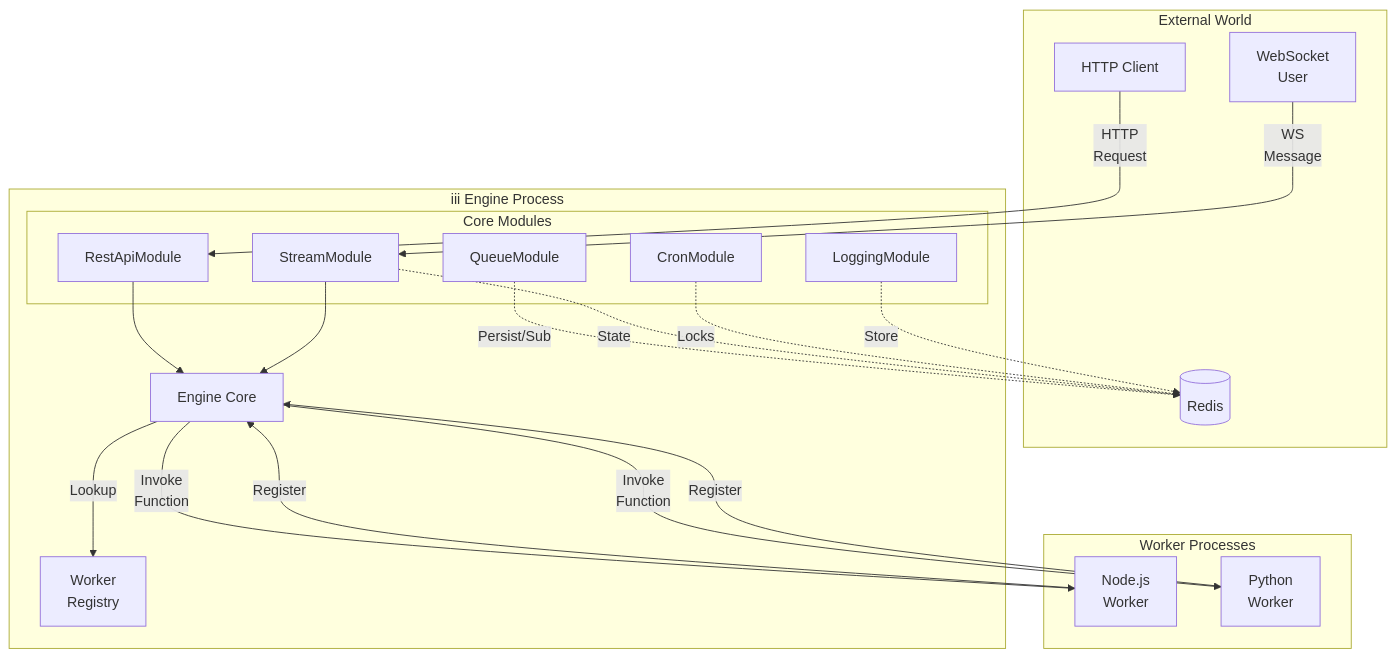
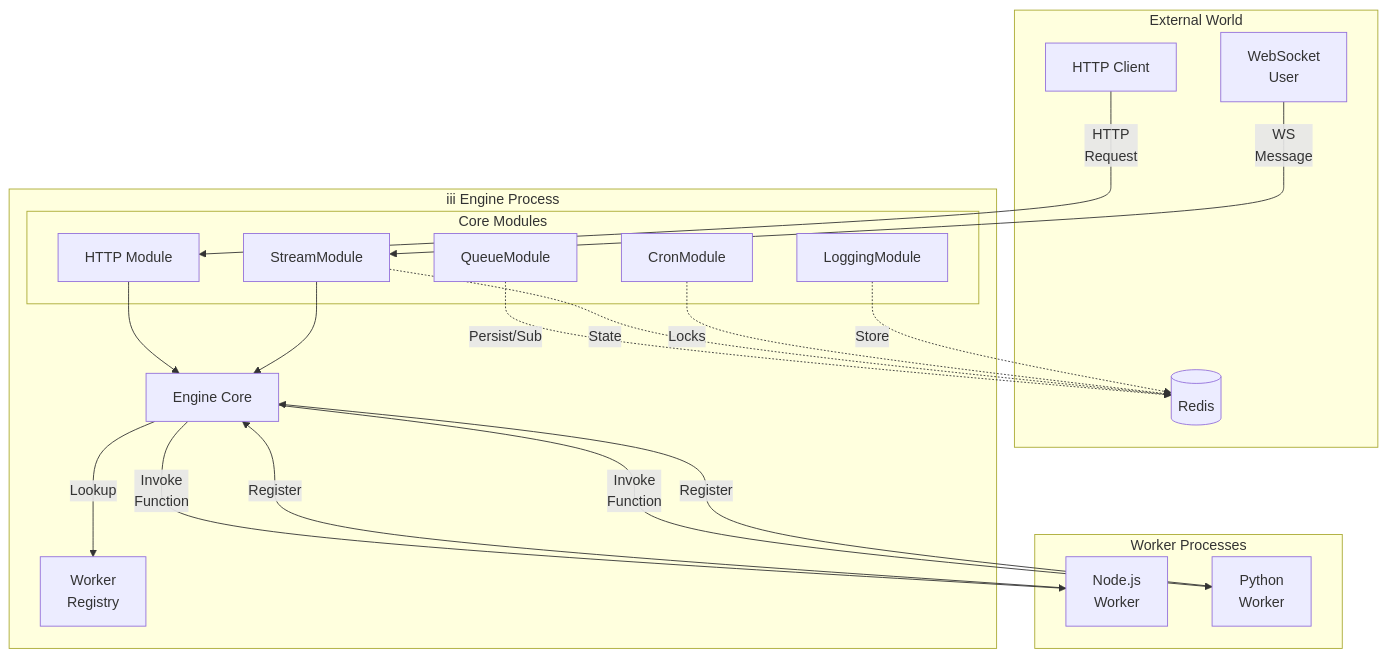
One commit to iii-hq/.github changed the first of 6 diagrams in profile/README.md. Above: the diagram before and after it, drawn with Mermaid. The commit also changed other lines of this file, not shown here.

````diff
--- a/profile/README.md
+++ b/profile/README.md
@@ -25,44 +23,44 @@
 ```mermaid
 graph TD
     subgraph External World
         Client[HTTP Client]
         Redis[(Redis)]
         User[WebSocket<br/>User]
     end
 
     subgraph iii Engine Process
         Core[Engine Core]
         Reg[Worker<br/>Registry]
 
         subgraph Core Modules
-            API[RestApiModule]
+            API[HTTP Module]
             Stream[StreamModule]
             Log[LoggingModule]
             Queue[QueueModule]
             Cron[CronModule]
         end
     end
 
     subgraph Worker Processes
         W1[Node.js<br/>Worker]
         W2[Python<br/>Worker]
     end
 
     Client -->|HTTP<br/>Request| API
     User -->|WS<br/>Message| Stream
 
     API --> Core
     Stream --> Core
 
     Core -->|Lookup| Reg
     Core -->|Invoke<br/>Function| W1
     Core -->|Invoke<br/>Function| W2
 
     W1 -->|Register| Core
     W2 -->|Register| Core
 
     Queue -.->|Persist/Sub| Redis
     Stream -.->|State| Redis
     Cron -.->|Locks| Redis
     Log -.->|Store| Redis
 ```
````
